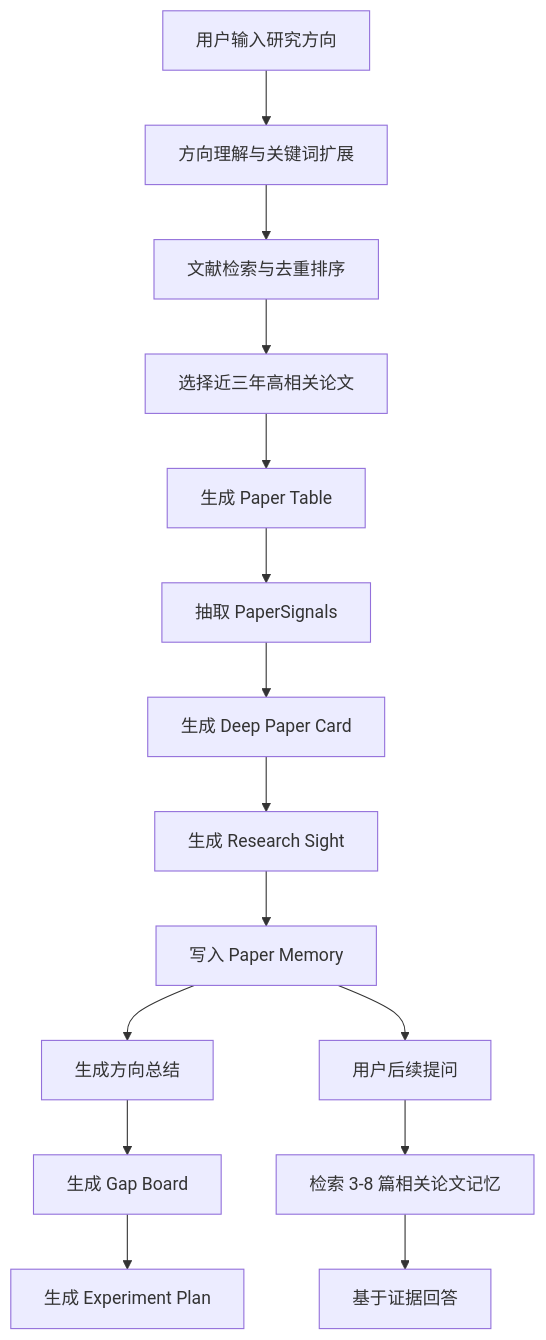
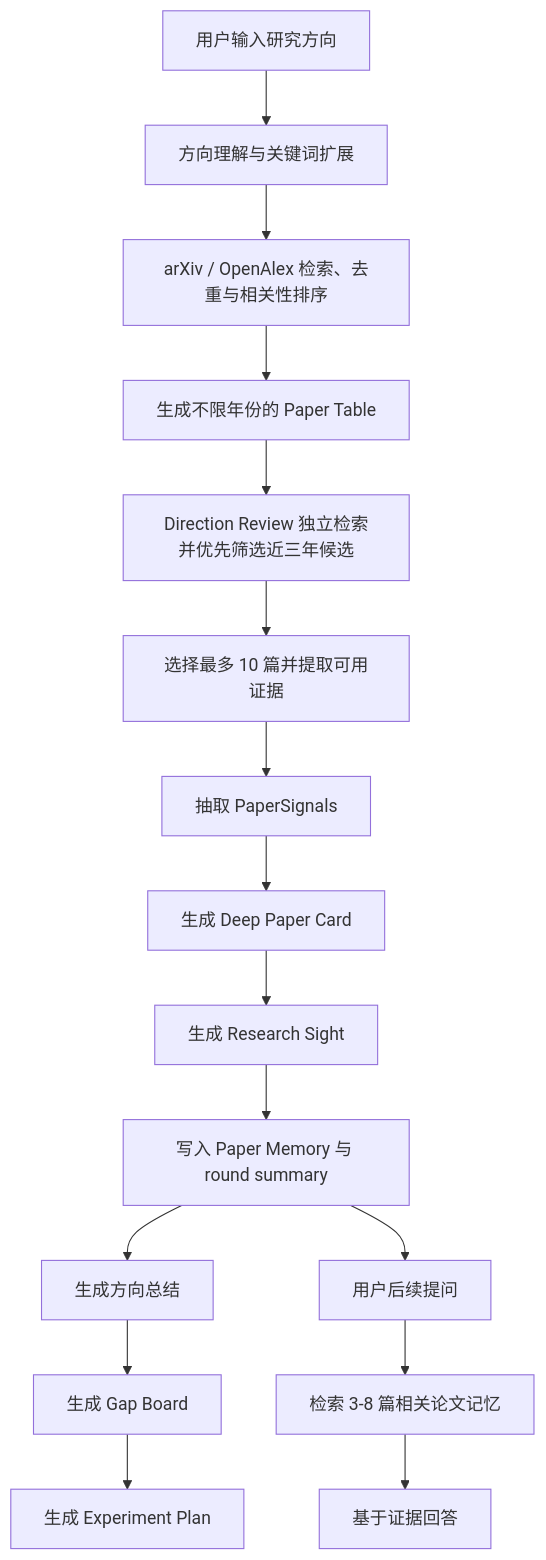
One commit to lzhzwss121-hue/scholarflow changed the diagram in README.md. Above: the diagram before and after it, drawn with Mermaid. The commit also changed other lines of this file and 5 other files, not shown here.

````diff
--- a/README.md
+++ b/README.md
@@ -171,17 +175,18 @@
 ```mermaid
 flowchart TD
   A["用户输入研究方向"] --> B["方向理解与关键词扩展"]
-  B --> C["文献检索与去重排序"]
-  C --> D["选择近三年高相关论文"]
-  D --> E["生成 Paper Table"]
-  E --> F["抽取 PaperSignals"]
-  F --> G["生成 Deep Paper Card"]
-  G --> H["生成 Research Sight"]
-  H --> I["写入 Paper Memory"]
-  I --> J["生成方向总结"]
-  J --> K["生成 Gap Board"]
-  K --> L["生成 Experiment Plan"]
-  I --> M["用户后续提问"]
+  B --> C["arXiv / OpenAlex 检索、去重与相关性排序"]
+  C --> D["生成不限年份的 Paper Table"]
+  D --> E["Direction Review 独立检索并优先筛选近三年候选"]
+  E --> F["选择最多 10 篇并提取可用证据"]
+  F --> G["抽取 PaperSignals"]
+  G --> H["生成 Deep Paper Card"]
+  H --> I["生成 Research Sight"]
+  I --> J["写入 Paper Memory 与 round summary"]
+  J --> K["生成方向总结"]
+  K --> L["生成 Gap Board"]
+  L --> P["生成 Experiment Plan"]
+  J --> M["用户后续提问"]
   M --> N["检索 3-8 篇相关论文记忆"]
   N --> O["基于证据回答"]
 ```
````
